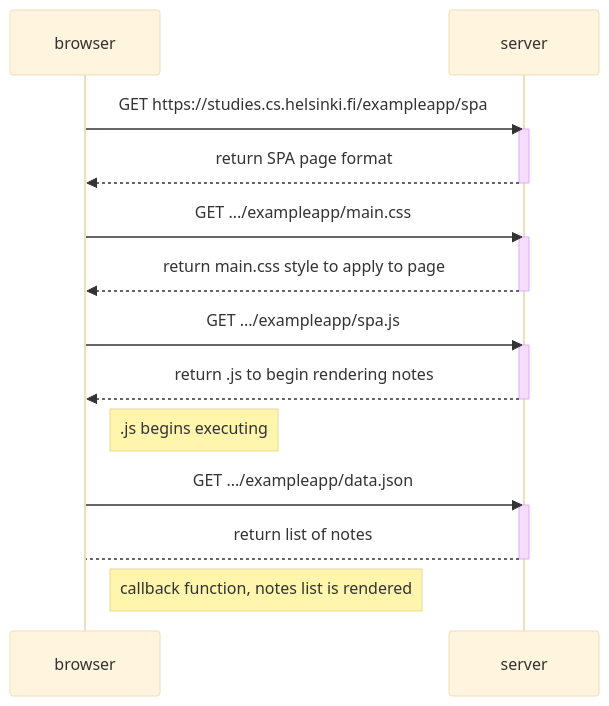
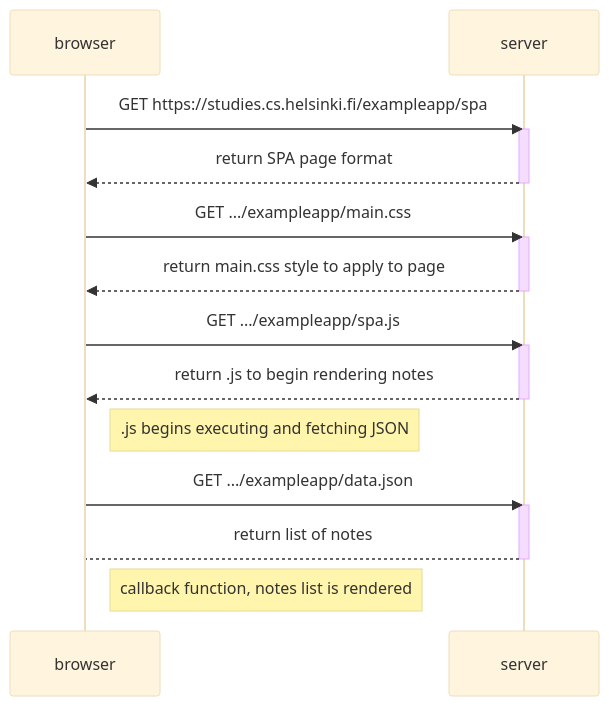
The diagram in part0/0-5-diagram.md (rogueslime/fullstackopen), drawn with Mermaid (base theme) before and after one commit. The commit also changed 1 other file, not shown here.

Commit message:
Fixed note for the .js GET

````diff
--- a/part0/0-5-diagram.md
+++ b/part0/0-5-diagram.md
@@ -1,29 +1,29 @@
 ```mermaid
 sequenceDiagram
     participant browser
     participant server
-	
+
 	browser->>server: GET https://studies.cs.helsinki.fi/exampleapp/spa
 	activate server
 	server-->>browser: return SPA page format
 	deactivate server
-	
+
 	browser->>server: GET .../exampleapp/main.css
 	activate server
 	server-->>browser: return main.css style to apply to page
 	deactivate server
-	
+
 	browser->>server: GET .../exampleapp/spa.js
 	activate server
 	server-->>browser: return .js to begin rendering notes
 	deactivate server
-	
-	Note right of browser: .js begins executing
-	
+
+	Note right of browser: .js begins executing and fetching JSON
+
 	browser->>server: GET .../exampleapp/data.json
 	activate server
 	server-->browser: return list of notes
 	deactivate server
-	
+
 	Note right of browser: callback function, notes list is rendered
 ```
````
